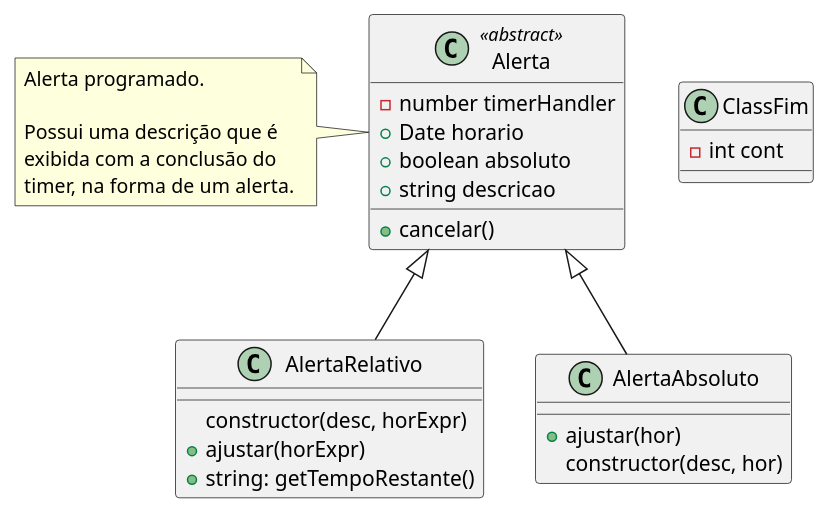
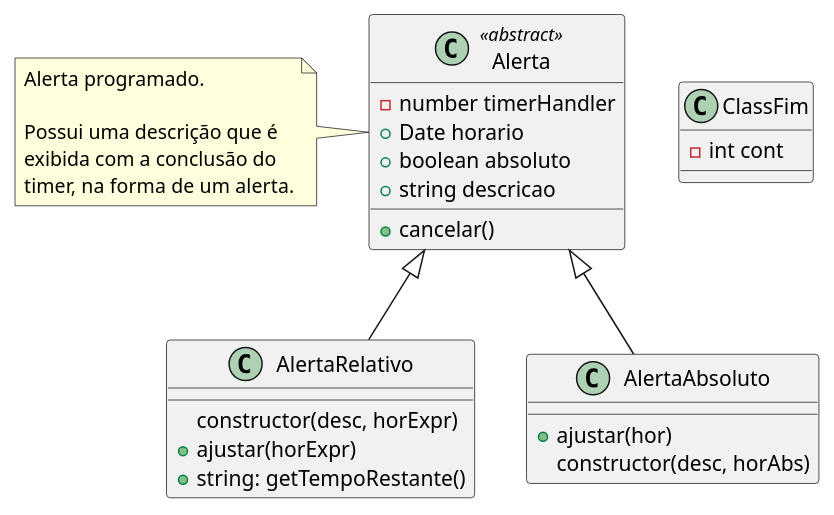
One commit to gburatto/plantuml-demo changed the diagram in classes.puml. Above: the diagram before and after it, drawn with PlantUML.

Commit message:
Renomeia hor para horAbs

```diff
--- a/classes.puml
+++ b/classes.puml
@@ -1,32 +1,32 @@
 @startuml "Classes"
 
 top to bottom direction
 
 class Alerta <<abstract>> {
   - number timerHandler
   + Date horario
   + boolean absoluto
   + string descricao
   + cancelar()
 }
 note left of Alerta : Alerta programado.\n\nPossui uma descrição que é\nexibida com a conclusão do\ntimer, na forma de um alerta.
 
 class AlertaRelativo {
   constructor(desc, horExpr)
   + ajustar(horExpr)
   + string: getTempoRestante()
 }
 
 class AlertaAbsoluto {
   + ajustar(hor)
-  constructor(desc, hor)
+  constructor(desc, horAbs)
 }
 
 class ClassFim {
   - int cont
 }
 
 Alerta <|-- AlertaRelativo
 Alerta <|-- AlertaAbsoluto
 
 @enduml
```
